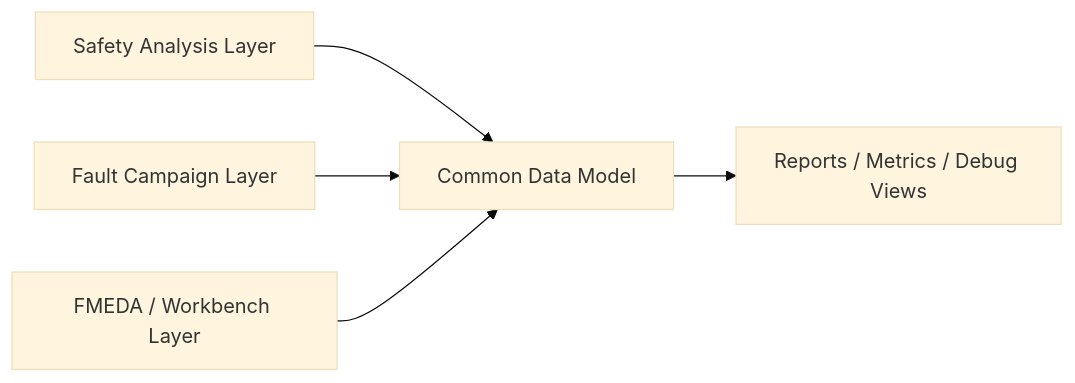
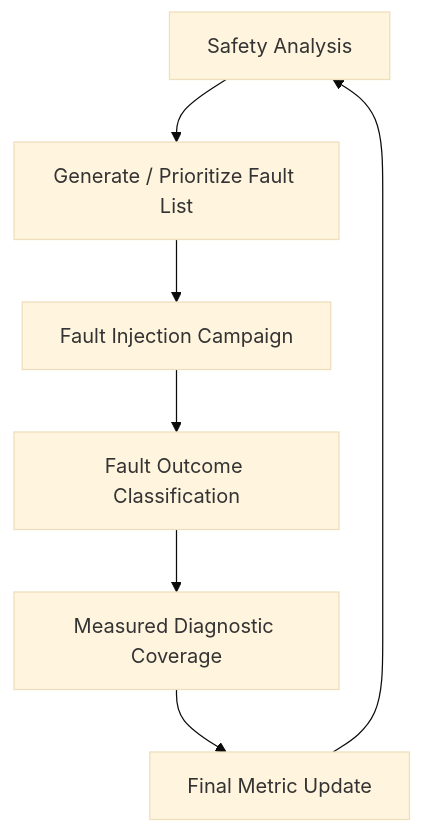
Before and after one commit to qiqixixi1001/automotive-safeic-practice: the third of 11 diagrams in articles/01_automotive_safeic_practice_d01_github_en_revised.md, drawn with Mermaid (base theme). The commit also changed other lines of this file, not shown here.

````diff
--- a/articles/01_automotive_safeic_practice_d01_github_en_revised.md
+++ b/articles/01_automotive_safeic_practice_d01_github_en_revised.md
@@ -194,7 +305,9 @@
 ```mermaid
-flowchart LR
-    A[Safety Analysis Layer] --> D[Common Data Model]
-    B[Fault Campaign Layer] --> D
-    C[FMEDA / Workbench Layer] --> D
-    D --> E[Reports / Metrics / Debug Views]
+flowchart TD
+    A[Safety Analysis] --> B[Generate / Prioritize Fault List]
+    B --> C[Fault Injection Campaign]
+    C --> D[Fault Outcome Classification]
+    D --> E[Measured Diagnostic Coverage]
+    E --> F[Final Metric Update]
+    F --> A
 ```
````
